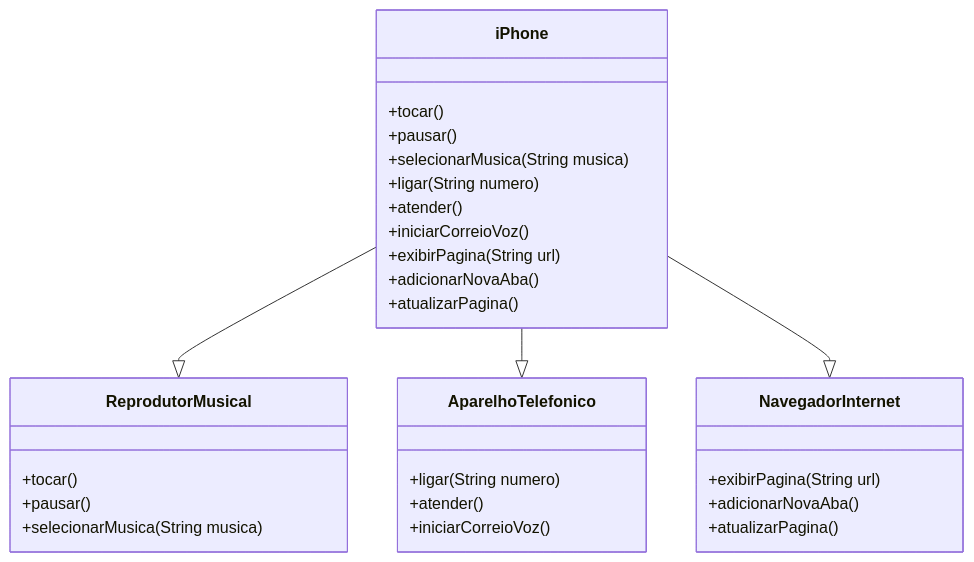
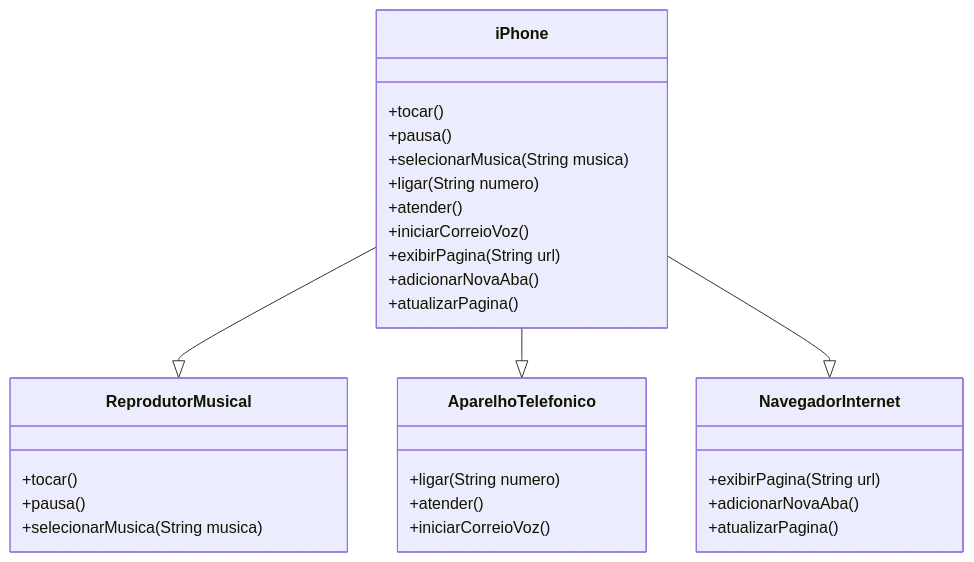
The diagram in poo/README.md (tfm86/dio-java-basico), drawn with Mermaid before and after one commit. The commit also changed other lines of this file, not shown here.

````diff
--- a/poo/README.md
+++ b/poo/README.md
@@ -2,36 +6,36 @@
 ```mermaid
 classDiagram
     class ReprodutorMusical {
         +tocar()
-        +pausar()
+        +pausa()
         +selecionarMusica(String musica)
     }
 
     class AparelhoTelefonico {
         +ligar(String numero)
         +atender()
         +iniciarCorreioVoz()
     }
 
     class NavegadorInternet {
         +exibirPagina(String url)
         +adicionarNovaAba()
         +atualizarPagina()
     }
 
     class iPhone {
         +tocar()
-        +pausar()
+        +pausa()
         +selecionarMusica(String musica)
         +ligar(String numero)
         +atender()
         +iniciarCorreioVoz()
         +exibirPagina(String url)
         +adicionarNovaAba()
         +atualizarPagina()
     }
 
     iPhone --|> ReprodutorMusical
     iPhone --|> AparelhoTelefonico
     iPhone --|> NavegadorInternet
 ```
````
